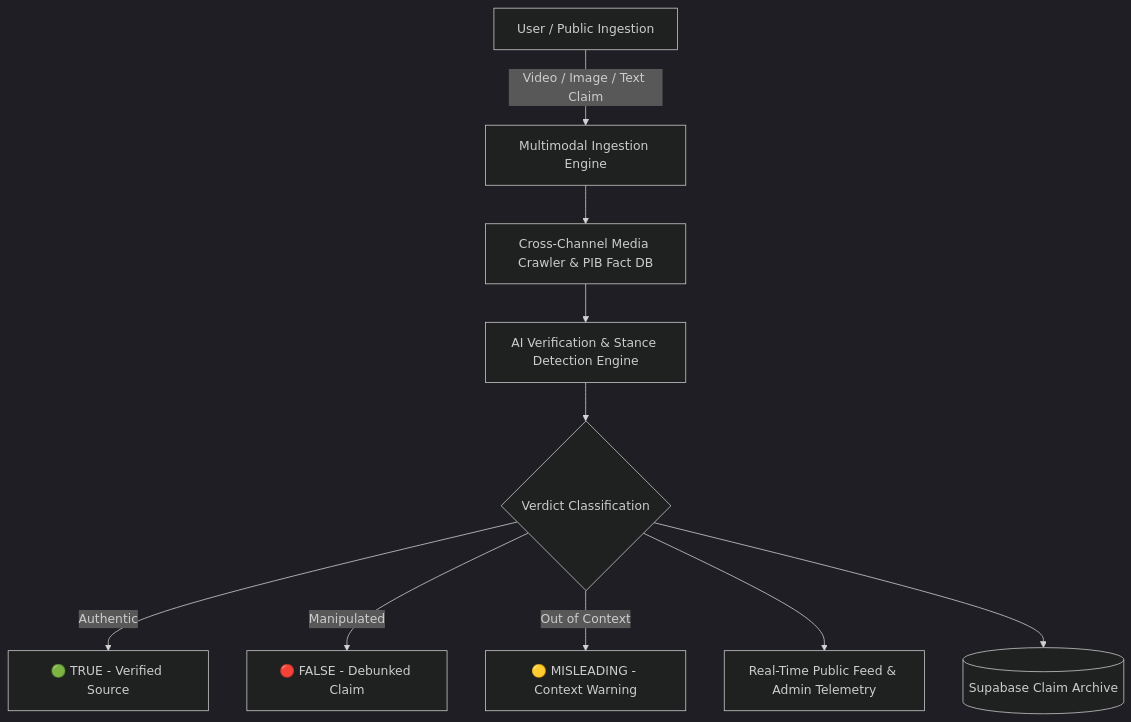
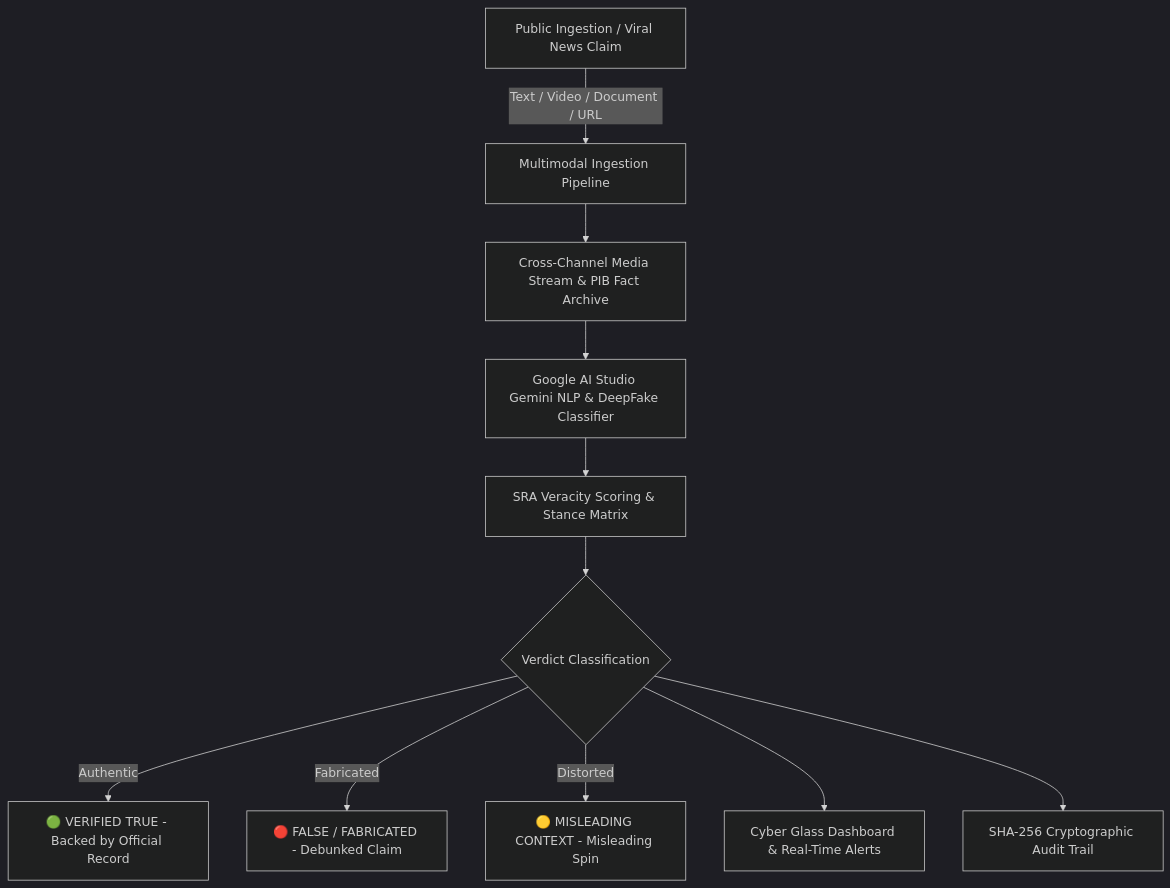
The diagram in README.md (zainul7abideen-sudo/News_Verifier), drawn with Mermaid (dark theme) before and after one commit. The commit also changed other lines of this file and 3 other files, not shown here.

````diff
--- a/README.md
+++ b/README.md
@@ -15,12 +29,13 @@
 ```mermaid
 graph TD
-    User[User / Public Ingestion] -->|Video / Image / Text Claim| Intake[Multimodal Ingestion Engine]
-    Intake --> Search[Cross-Channel Media Crawler & PIB Fact DB]
-    Search --> AI[AI Verification & Stance Detection Engine]
-    AI --> Verdict{Verdict Classification}
-    Verdict -->|Authentic| TrueBadge[🟢 TRUE - Verified Source]
-    Verdict -->|Manipulated| FalseBadge[🔴 FALSE - Debunked Claim]
-    Verdict -->|Out of Context| MisleadingBadge[🟡 MISLEADING - Context Warning]
-    Verdict --> Dashboard[Real-Time Public Feed & Admin Telemetry]
-    Verdict --> Supabase[(Supabase Claim Archive)]
+    User[Public Ingestion / Viral News Claim] -->|Text / Video / Document / URL| Ingestion[Multimodal Ingestion Pipeline]
+    Ingestion --> Crawler[Cross-Channel Media Stream & PIB Fact Archive]
+    Crawler --> GeminiAI[Google AI Studio Gemini NLP & DeepFake Classifier]
+    GeminiAI --> Engine[SRA Veracity Scoring & Stance Matrix]
+    Engine --> Verdict{Verdict Classification}
+    Verdict -->|Authentic| TrueBadge[🟢 VERIFIED TRUE - Backed by Official Record]
+    Verdict -->|Fabricated| FalseBadge[🔴 FALSE / FABRICATED - Debunked Claim]
+    Verdict -->|Distorted| MisleadingBadge[🟡 MISLEADING CONTEXT - Misleading Spin]
+    Verdict --> HUD[Cyber Glass Dashboard & Real-Time Alerts]
+    Verdict --> Certs[SHA-256 Cryptographic Audit Trail]
 ```
````
